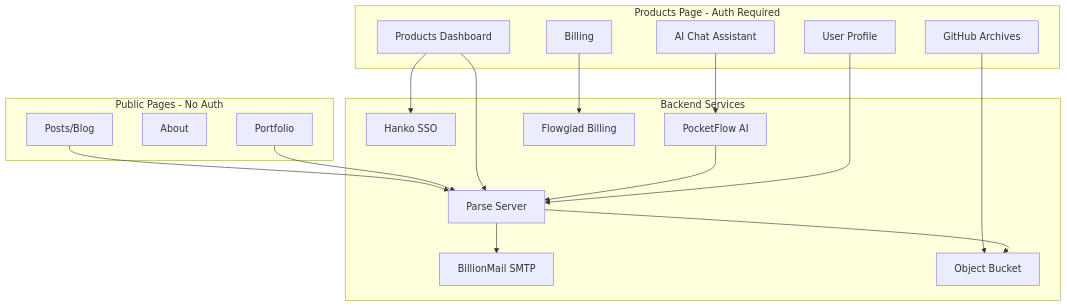
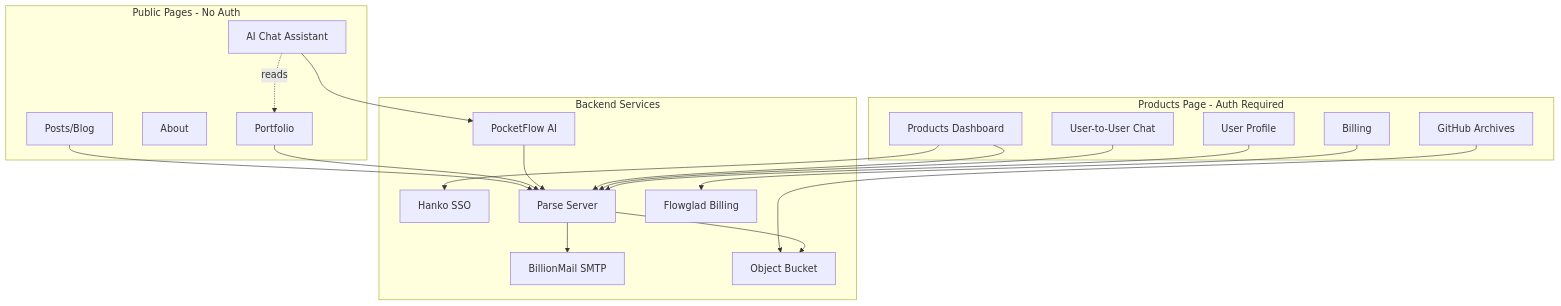
The first of 14 diagrams in expansion.md (dirm02/bloggista), drawn with Mermaid before and after one commit. The commit also changed other lines of this file, not shown here.

````diff
--- a/expansion.md
+++ b/expansion.md
@@ -14,37 +14,40 @@
 ```mermaid
 flowchart TB
     subgraph Public [Public Pages - No Auth]
         Posts[Posts/Blog]
         About[About]
         Portfolio[Portfolio]
+        AIChat[AI Chat Assistant]
     end
 
     subgraph Private [Products Page - Auth Required]
         Products[Products Dashboard]
-        AIChat[AI Chat Assistant]
+        UserChat[User-to-User Chat]
         Billing[Billing]
         UserProfile[User Profile]
         RepoArchive[GitHub Archives]
     end
 
     subgraph Backend [Backend Services]
         Hanko[Hanko SSO]
         Parse[Parse Server]
         PocketFlow[PocketFlow AI]
         BillionMail[BillionMail SMTP]
         Flowglad[Flowglad Billing]
         Bucket[Object Bucket]
     end
 
     Posts --> Parse
     Portfolio --> Parse
+    AIChat --> PocketFlow
+    AIChat -.->|reads| Portfolio
+    PocketFlow --> Parse
     Products --> Hanko
     Products --> Parse
-    AIChat --> PocketFlow
-    PocketFlow --> Parse
+    UserChat --> Parse
     Billing --> Flowglad
     UserProfile --> Parse
     RepoArchive --> Bucket
     Parse --> BillionMail
     Parse --> Bucket
 ```
````
